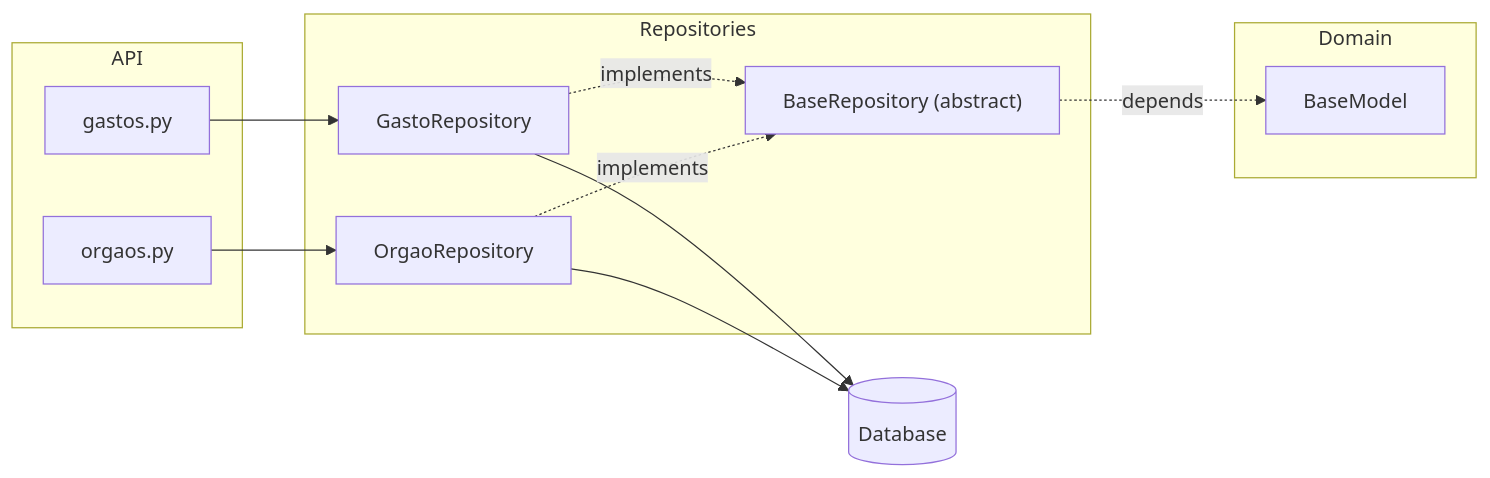
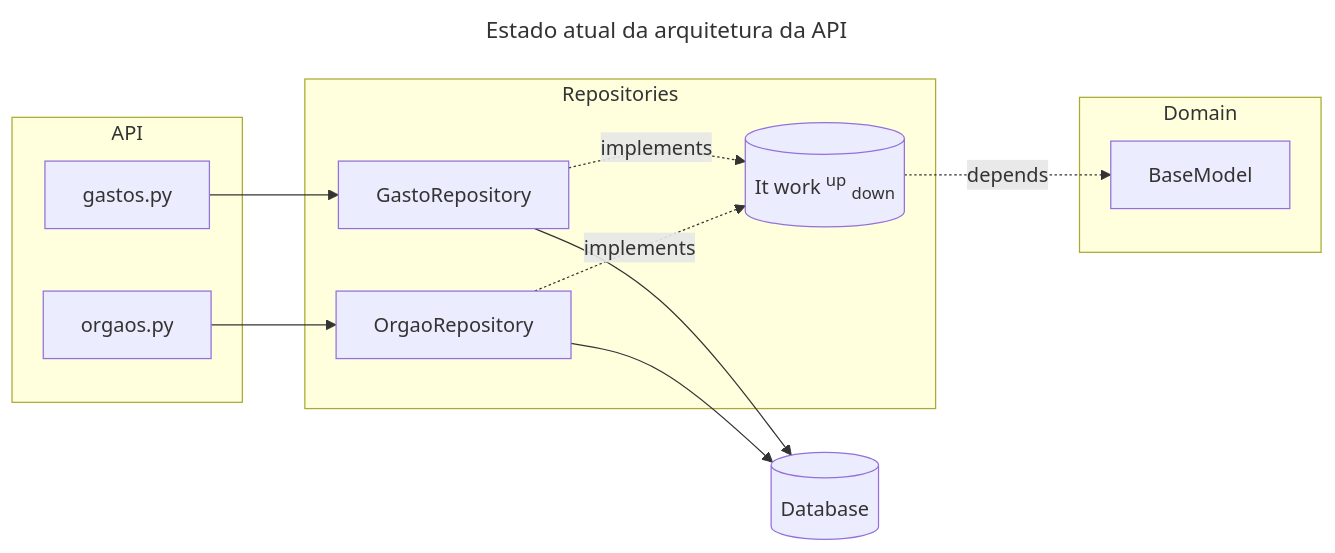
The diagram in challenge-01-acessibilidade/README_CANDIDATO.md (edufcarvalho/hat-hiring-challenge), drawn with Mermaid before and after one commit. The commit also changed other lines of this file, not shown here.

Commit message:
challebnge: update README_CANDIDATO.md

````diff
--- a/challenge-01-acessibilidade/README_CANDIDATO.md
+++ b/challenge-01-acessibilidade/README_CANDIDATO.md
@@ -56,30 +56,34 @@
 ```mermaid
+---
+title: Estado atual da arquitetura da API
+---
 flowchart LR
     subgraph API
         A["gastos.py"]
         B["orgaos.py"]
     end
 
     subgraph Domain
 
       G["BaseModel"]
     end
 
     subgraph Repositories
       D["BaseRepository (abstract)"]
       E["GastoRepository"]
       F["OrgaoRepository"]
     end
     DB[("Database")]
 
     A --> E
     B --> F
 
     E -.->|implements| D
     F -.->|implements| D
 
     E --> DB
     F --> DB
 
     D -.->|depends| G
+    D[("It work <sup>up</sup> <sub>down</sub>")]
 ```
````
